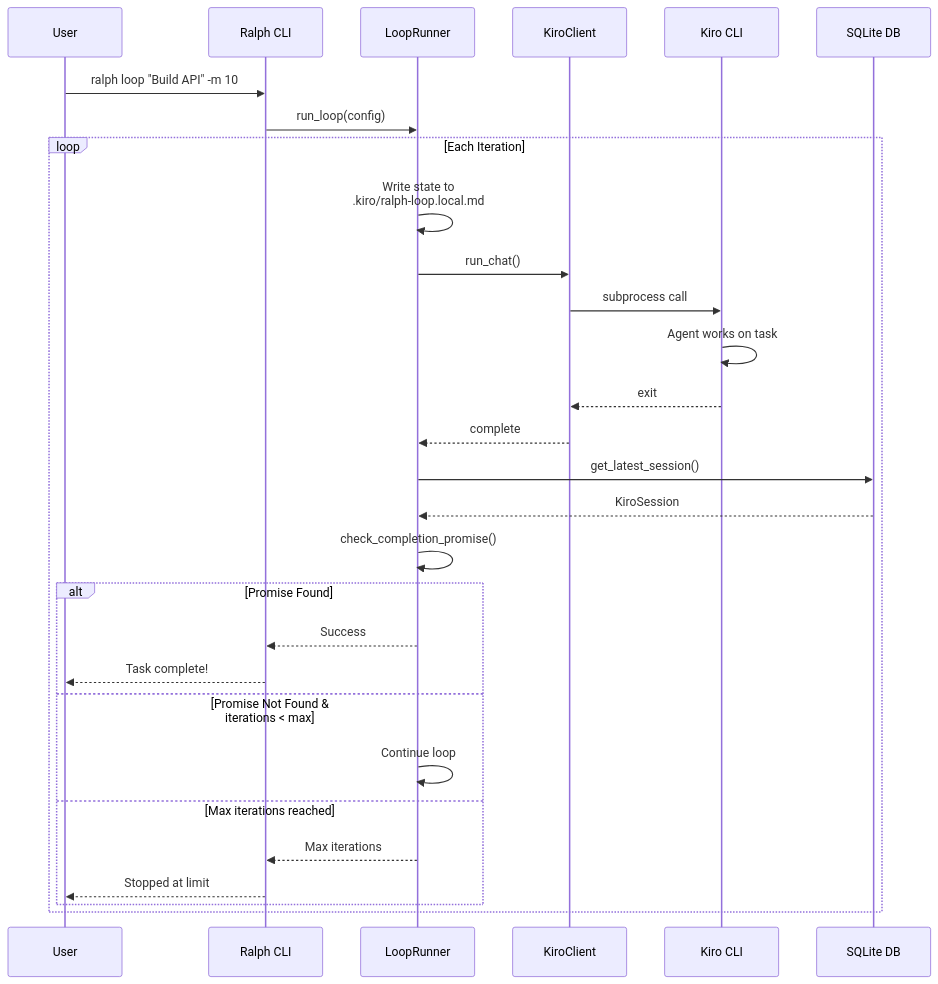
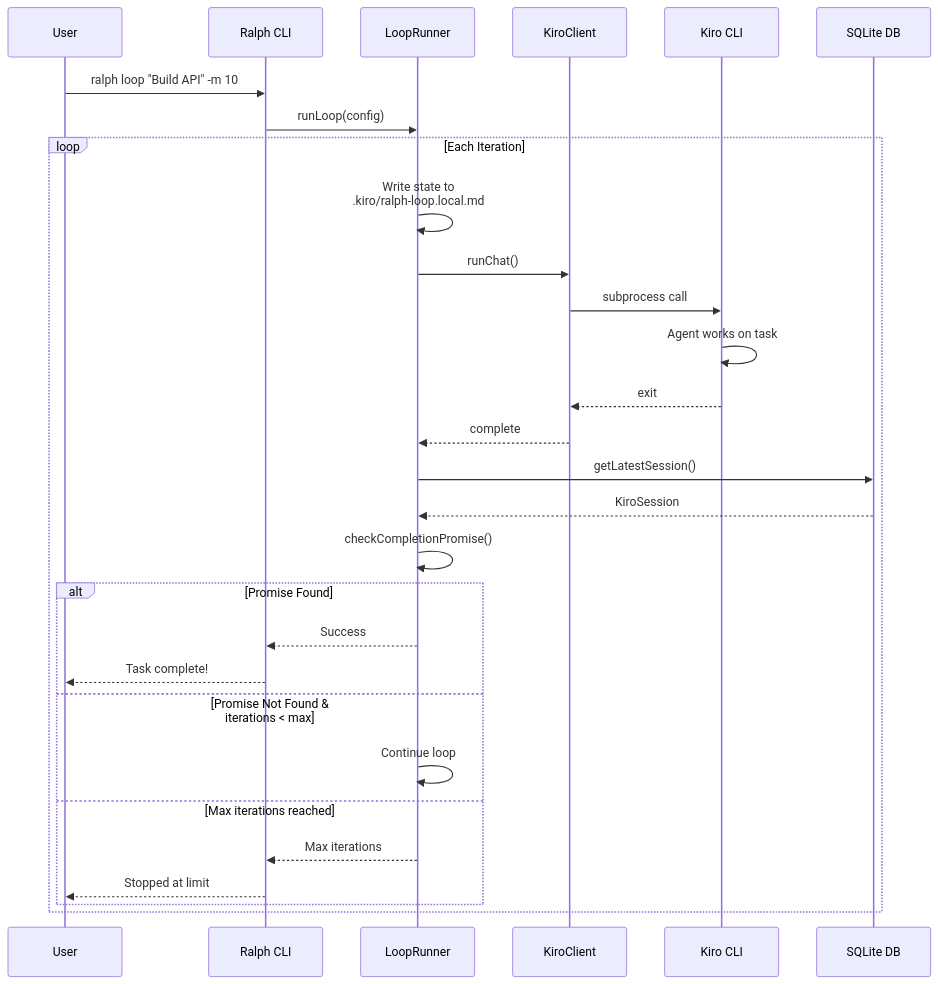
One commit to theagenticguy/ralph-for-kiro changed the third of 4 diagrams in README.md. Above: the diagram before and after it, drawn with Mermaid. The commit also changed other lines of this file and 51 other files, not shown here.

````diff
--- a/README.md
+++ b/README.md
@@ -125,34 +135,34 @@
 ```mermaid
 sequenceDiagram
     participant User
     participant Ralph CLI
     participant LoopRunner
     participant KiroClient
     participant Kiro CLI
     participant SQLite DB
 
     User->>Ralph CLI: ralph loop "Build API" -m 10
-    Ralph CLI->>LoopRunner: run_loop(config)
+    Ralph CLI->>LoopRunner: runLoop(config)
 
     loop Each Iteration
         LoopRunner->>LoopRunner: Write state to<br/>.kiro/ralph-loop.local.md
-        LoopRunner->>KiroClient: run_chat()
+        LoopRunner->>KiroClient: runChat()
         KiroClient->>Kiro CLI: subprocess call
         Kiro CLI->>Kiro CLI: Agent works on task
         Kiro CLI-->>KiroClient: exit
         KiroClient-->>LoopRunner: complete
-        LoopRunner->>SQLite DB: get_latest_session()
+        LoopRunner->>SQLite DB: getLatestSession()
         SQLite DB-->>LoopRunner: KiroSession
-        LoopRunner->>LoopRunner: check_completion_promise()
+        LoopRunner->>LoopRunner: checkCompletionPromise()
 
         alt Promise Found
             LoopRunner-->>Ralph CLI: Success
             Ralph CLI-->>User: Task complete!
         else Promise Not Found & iterations < max
             LoopRunner->>LoopRunner: Continue loop
         else Max iterations reached
             LoopRunner-->>Ralph CLI: Max iterations
             Ralph CLI-->>User: Stopped at limit
         end
     end
 ```
````
